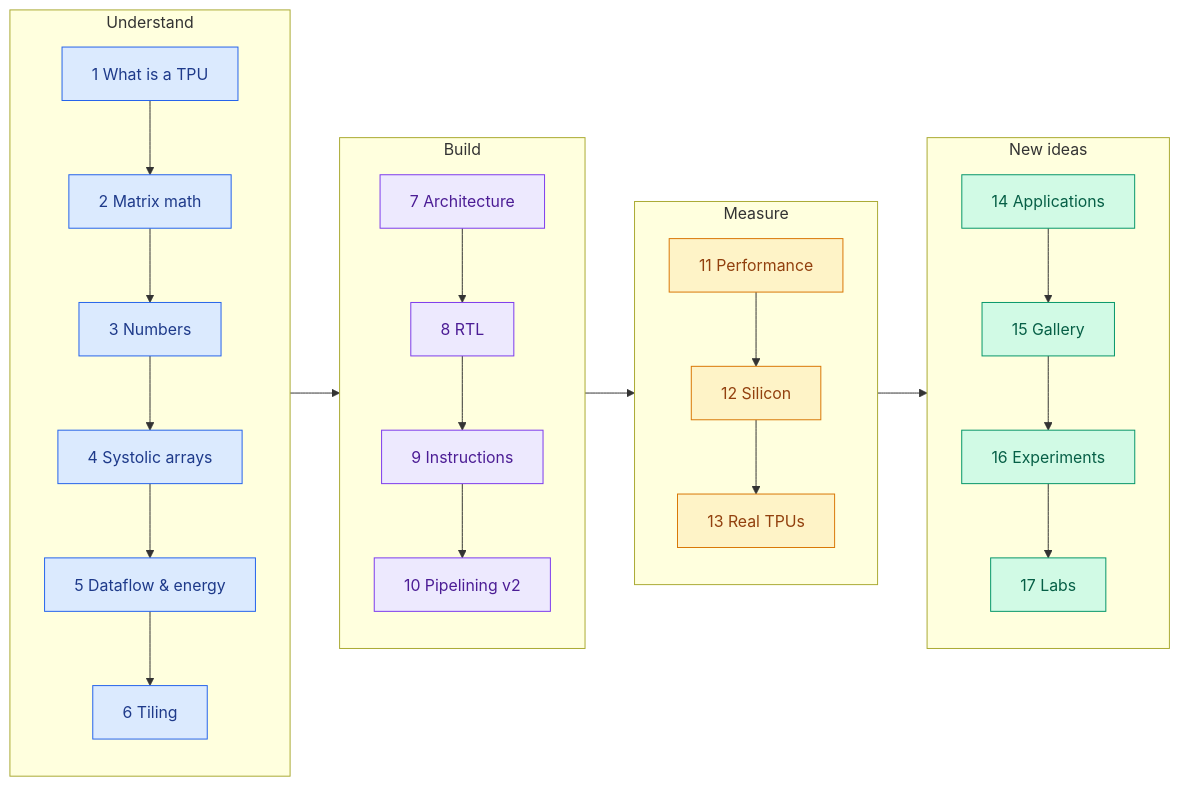
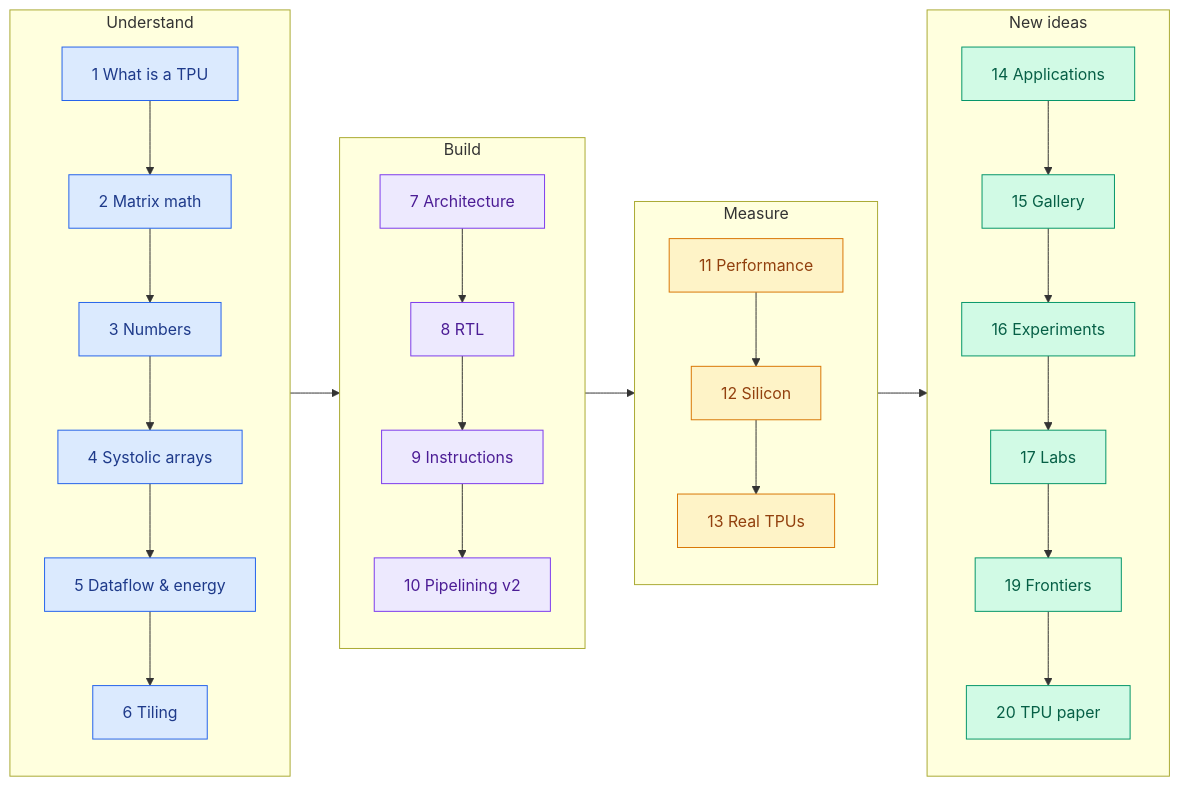
The first of 2 diagrams in README.md (Normansrule/terrific-tpu), drawn with Mermaid before and after one commit. The commit also changed other lines of this file and 25 other files, not shown here.

````diff
--- a/README.md
+++ b/README.md
@@ -78,24 +80,24 @@
 ```mermaid
 flowchart LR
     subgraph U["Understand"]
       A1["1 What is a TPU"] --> A2["2 Matrix math"] --> A3["3 Numbers"] --> A4["4 Systolic arrays"] --> A5["5 Dataflow & energy"] --> A6["6 Tiling"]
     end
     subgraph B["Build"]
       B7["7 Architecture"] --> B8["8 RTL"] --> B9["9 Instructions"] --> B10["10 Pipelining v2"]
     end
     subgraph M["Measure"]
       M11["11 Performance"] --> M12["12 Silicon"] --> M13["13 Real TPUs"]
     end
     subgraph N["New ideas"]
-      N14["14 Applications"] --> N15["15 Gallery"] --> N16["16 Experiments"] --> N17["17 Labs"]
+      N14["14 Applications"] --> N15["15 Gallery"] --> N16["16 Experiments"] --> N17["17 Labs"] --> N19["19 Frontiers"] --> N20["20 TPU paper"]
     end
     U --> B --> M --> N
     classDef u fill:#DBEAFE,stroke:#2563EB,color:#1E3A8A
     classDef b fill:#EDE9FE,stroke:#7C3AED,color:#4C1D95
     classDef m fill:#FEF3C7,stroke:#D97706,color:#92400E
     classDef n fill:#D1FAE5,stroke:#059669,color:#065F46
     class A1,A2,A3,A4,A5,A6 u
     class B7,B8,B9,B10 b
     class M11,M12,M13 m
-    class N14,N15,N16,N17 n
+    class N14,N15,N16,N17,N19,N20 n
 ```
````
